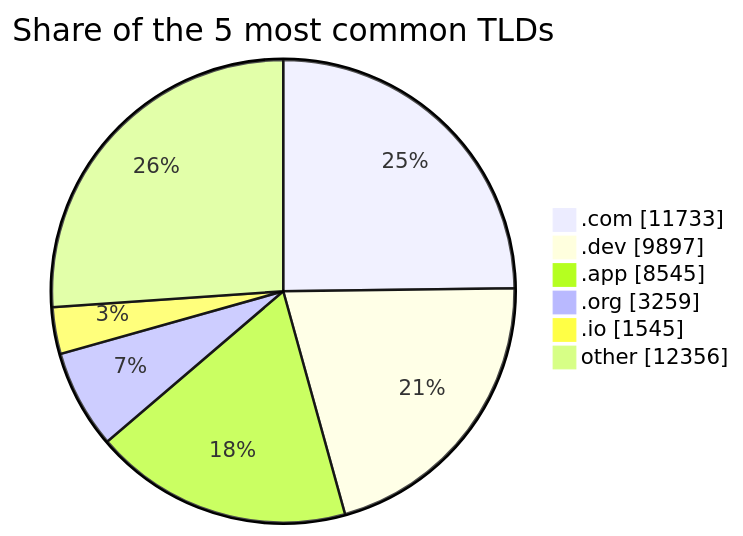
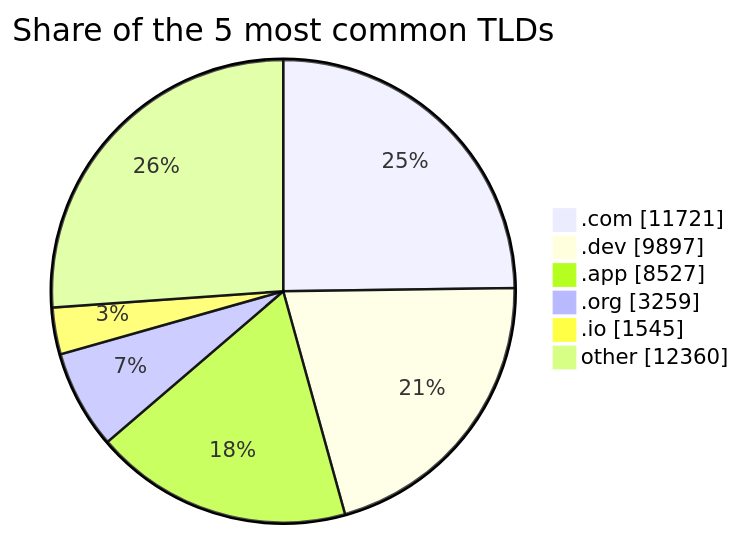
Before and after one commit to DNSBunker/CTI: the third of 3 diagrams in README.md, drawn with Mermaid. The commit also changed other lines of this file and 3 other files, not shown here.

````diff
--- a/README.md
+++ b/README.md
@@ -81,9 +81,9 @@
 ```mermaid
 pie showData title Share of the 5 most common TLDs
-    ".com" : 11733
+    ".com" : 11721
     ".dev" : 9897
-    ".app" : 8545
+    ".app" : 8527
     ".org" : 3259
     ".io" : 1545
-    "other" : 12356
+    "other" : 12360
 ```
````
